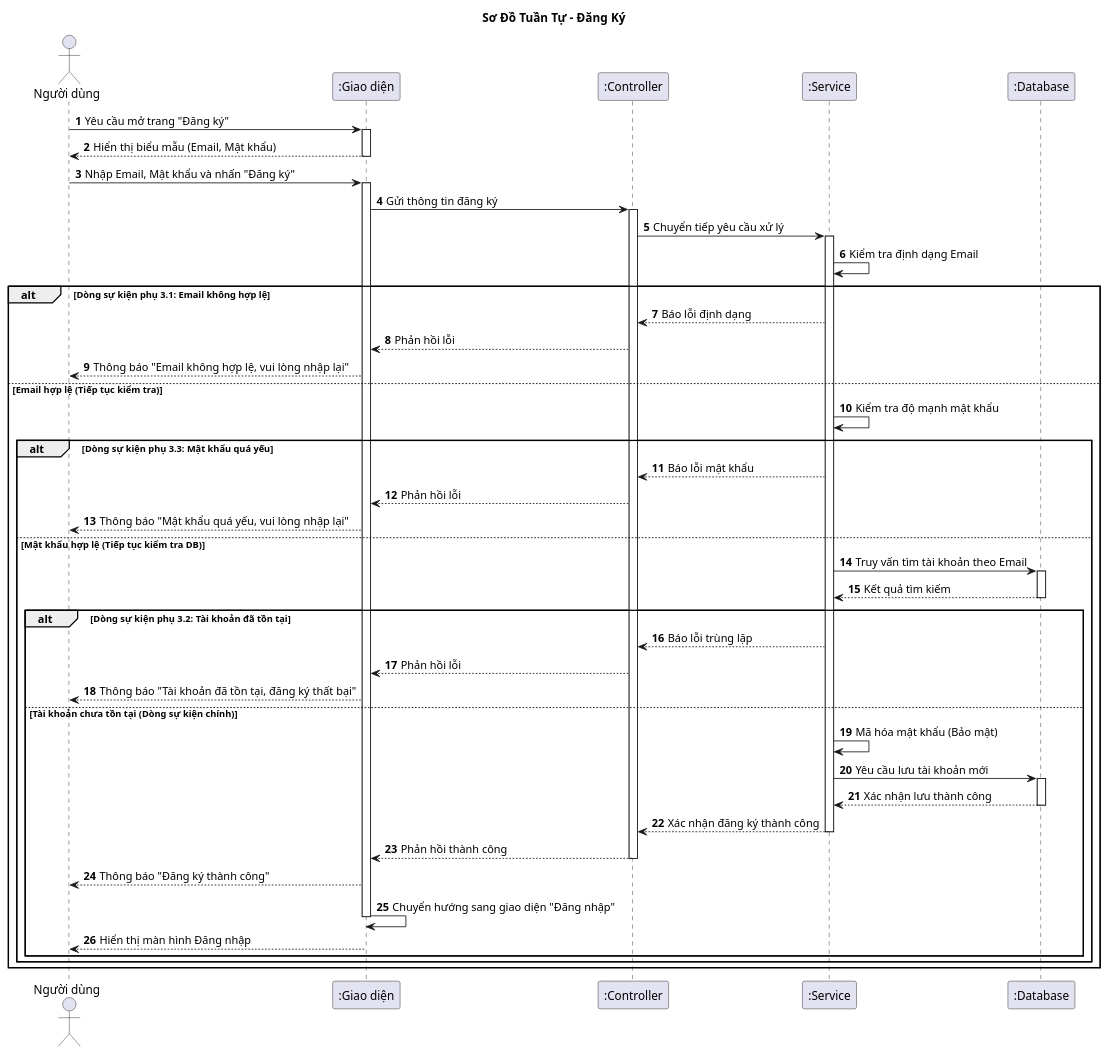
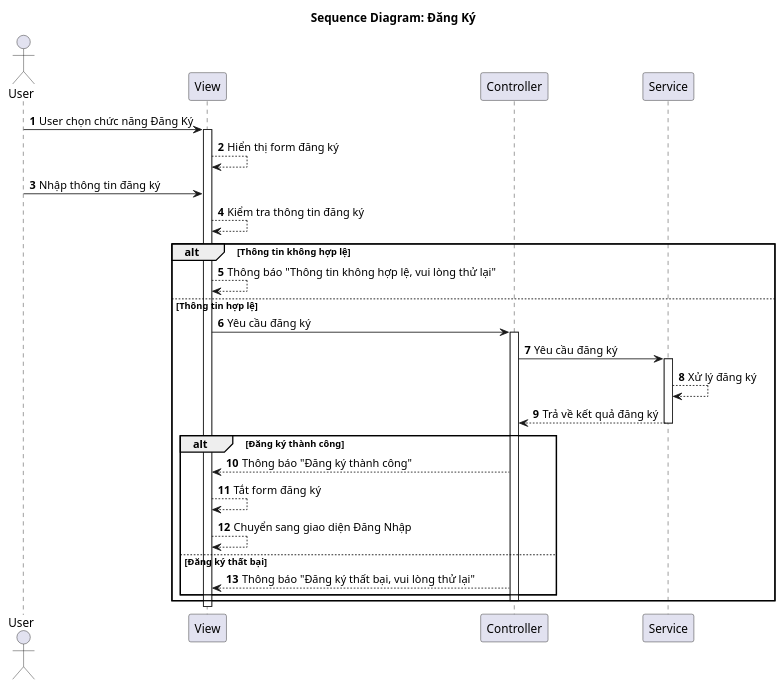
The diagram in Diagrams/SequenceDiagram/RegisterSD.plantuml (vinh047/soundwave), drawn with PlantUML before and after one commit. The commit also changed 27 other files, not shown here.

Commit message:
Sửa đặc tả UC (Chia sẻ lên platform thôi,...), đơn giản hoá Sequence, sửa CD và thêm mô tả CD

```diff
--- a/Diagrams/SequenceDiagram/RegisterSD.plantuml
+++ b/Diagrams/SequenceDiagram/RegisterSD.plantuml
@@ -1,87 +1,38 @@
-@startuml Sequence Diagram - Đăng Ký (Thông điệp)
+@startuml SD
 
-title Sơ Đồ Tuần Tự - Đăng Ký
+actor "User" as User
+participant "View" as View
+participant "Controller" as Controller
+participant "Service" as Service
 
-actor "Người dùng" as User
-participant ":Giao diện" as UI
-participant ":Controller" as Controller
-participant ":Service" as Service
-participant ":Database" as DB
+title Sequence Diagram: Đăng Ký
 
 autonumber
 
-' === BƯỚC 1: HIỂN THỊ FORM ===
-User -> UI: Yêu cầu mở trang "Đăng ký"
-activate UI
-UI --> User: Hiển thị biểu mẫu (Email, Mật khẩu)
-deactivate UI
+User -> View: User chọn chức năng Đăng Ký
+activate View
+View --> View: Hiển thị form đăng ký
+User -> View: Nhập thông tin đăng ký
+View --> View: Kiểm tra thông tin đăng ký
+alt Thông tin không hợp lệ
+    View --> View: Thông báo "Thông tin không hợp lệ, vui lòng thử lại"
+else Thông tin hợp lệ
+    View -> Controller: Yêu cầu đăng ký
+    activate Controller
+    Controller -> Service: Yêu cầu đăng ký
+    activate Service
+    Service --> Service: Xử lý đăng ký
+    Service --> Controller: Trả về kết quả đăng ký
+    deactivate Service
+    alt Đăng ký thành công
+        Controller --> View: Thông báo "Đăng ký thành công"
+        View --> View: Tắt form đăng ký
+        View --> View: Chuyển sang giao diện Đăng Nhập
+    else Đăng ký thất bại
+        Controller --> View: Thông báo "Đăng ký thất bại, vui lòng thử lại"
+    end
+    deactivate Controller
+end
 
-' === BƯỚC 2: NHẬP LIỆU & GỬI ===
-User -> UI: Nhập Email, Mật khẩu và nhấn "Đăng ký"
-activate UI
-
-UI -> Controller: Gửi thông tin đăng ký
-activate Controller
-Controller -> Service: Chuyển tiếp yêu cầu xử lý
-activate Service
-
-' === BƯỚC 3: KIỂM TRA TÍNH HỢP LỆ (Các dòng sự kiện phụ) ===
-
-' --- Kiểm tra 3.1: Định dạng Email ---
-Service -> Service: Kiểm tra định dạng Email
-
-alt Dòng sự kiện phụ 3.1: Email không hợp lệ
-    Service --> Controller: Báo lỗi định dạng
-    Controller --> UI: Phản hồi lỗi
-    UI --> User: Thông báo "Email không hợp lệ, vui lòng nhập lại"
-
-else Email hợp lệ (Tiếp tục kiểm tra)
-
-    ' --- Kiểm tra 3.3: Độ mạnh mật khẩu ---
-    Service -> Service: Kiểm tra độ mạnh mật khẩu
-    
-    alt Dòng sự kiện phụ 3.3: Mật khẩu quá yếu
-        Service --> Controller: Báo lỗi mật khẩu
-        Controller --> UI: Phản hồi lỗi
-        UI --> User: Thông báo "Mật khẩu quá yếu, vui lòng nhập lại"
-        
-    else Mật khẩu hợp lệ (Tiếp tục kiểm tra DB)
-    
-        ' --- Kiểm tra 3.2: Tài khoản tồn tại ---
-        Service -> DB: Truy vấn tìm tài khoản theo Email
-        activate DB
-        DB --> Service: Kết quả tìm kiếm
-        deactivate DB
-        
-        alt Dòng sự kiện phụ 3.2: Tài khoản đã tồn tại
-            Service --> Controller: Báo lỗi trùng lặp
-            Controller --> UI: Phản hồi lỗi
-            UI --> User: Thông báo "Tài khoản đã tồn tại, đăng ký thất bại"
-            
-        else Tài khoản chưa tồn tại (Dòng sự kiện chính)
-            
-            ' === BƯỚC 4: GHI NHẬN VÀO CSDL ===
-            Service -> Service: Mã hóa mật khẩu (Bảo mật)
-            
-            Service -> DB: Yêu cầu lưu tài khoản mới
-            activate DB
-            DB --> Service: Xác nhận lưu thành công
-            deactivate DB
-            
-            Service --> Controller: Xác nhận đăng ký thành công
-            deactivate Service
-            
-            Controller --> UI: Phản hồi thành công
-            deactivate Controller
-            
-            UI --> User: Thông báo "Đăng ký thành công"
-            
-            ' === BƯỚC 5: CHUYỂN GIAO DIỆN ===
-            UI -> UI: Chuyển hướng sang giao diện "Đăng nhập"
-            deactivate UI
-            
-            UI --> User: Hiển thị màn hình Đăng nhập
-        end
-    end
-end
+deactivate View
 @enduml
```
